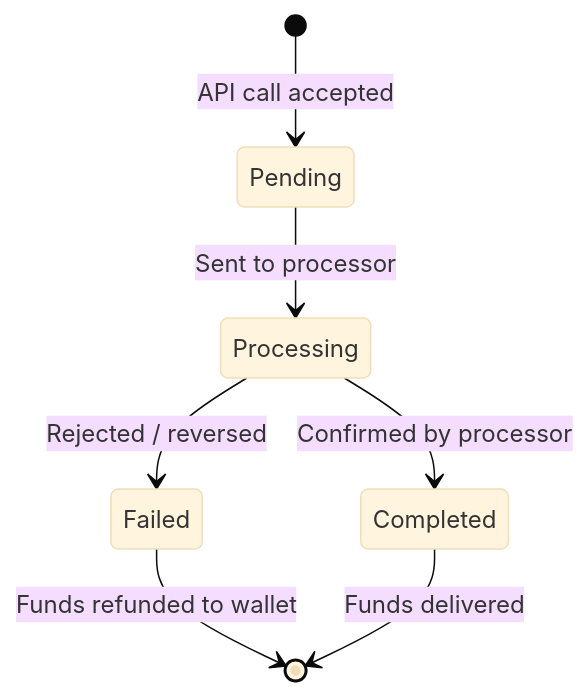
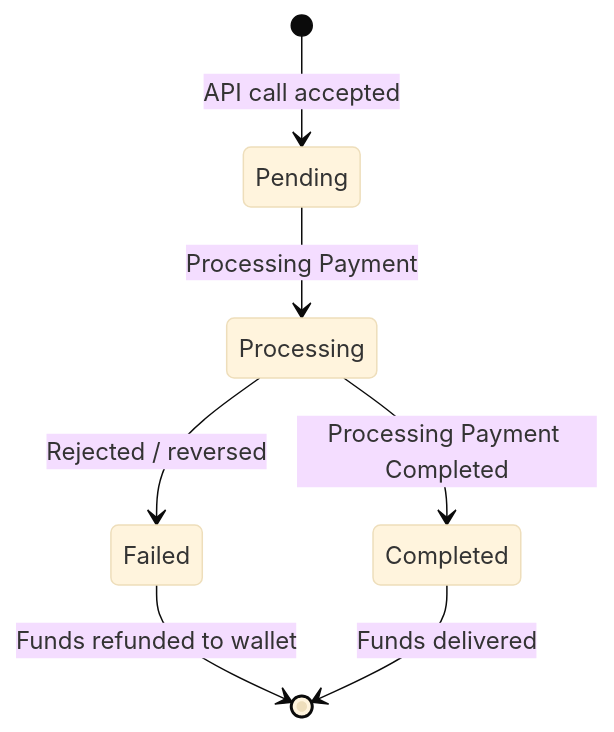
Before and after one commit to RollaFi/mintlify-docs: the diagram in payouts.mdx, drawn with Mermaid (base theme).

Commit message:
update docs with payout, bank transfer and mobile money

````diff
--- a/payouts.mdx
+++ b/payouts.mdx
@@ -34,9 +34,9 @@
 ```mermaid
 stateDiagram-v2
     [*] --> Pending: API call accepted
-    Pending --> Processing: Sent to processor
-    Processing --> Completed: Confirmed by processor
+    Pending --> Processing: Processing Payment
+    Processing --> Completed: Processing Payment Completed
     Processing --> Failed: Rejected / reversed
     Failed --> [*]: Funds refunded to wallet
     Completed --> [*]: Funds delivered
 ```
````
